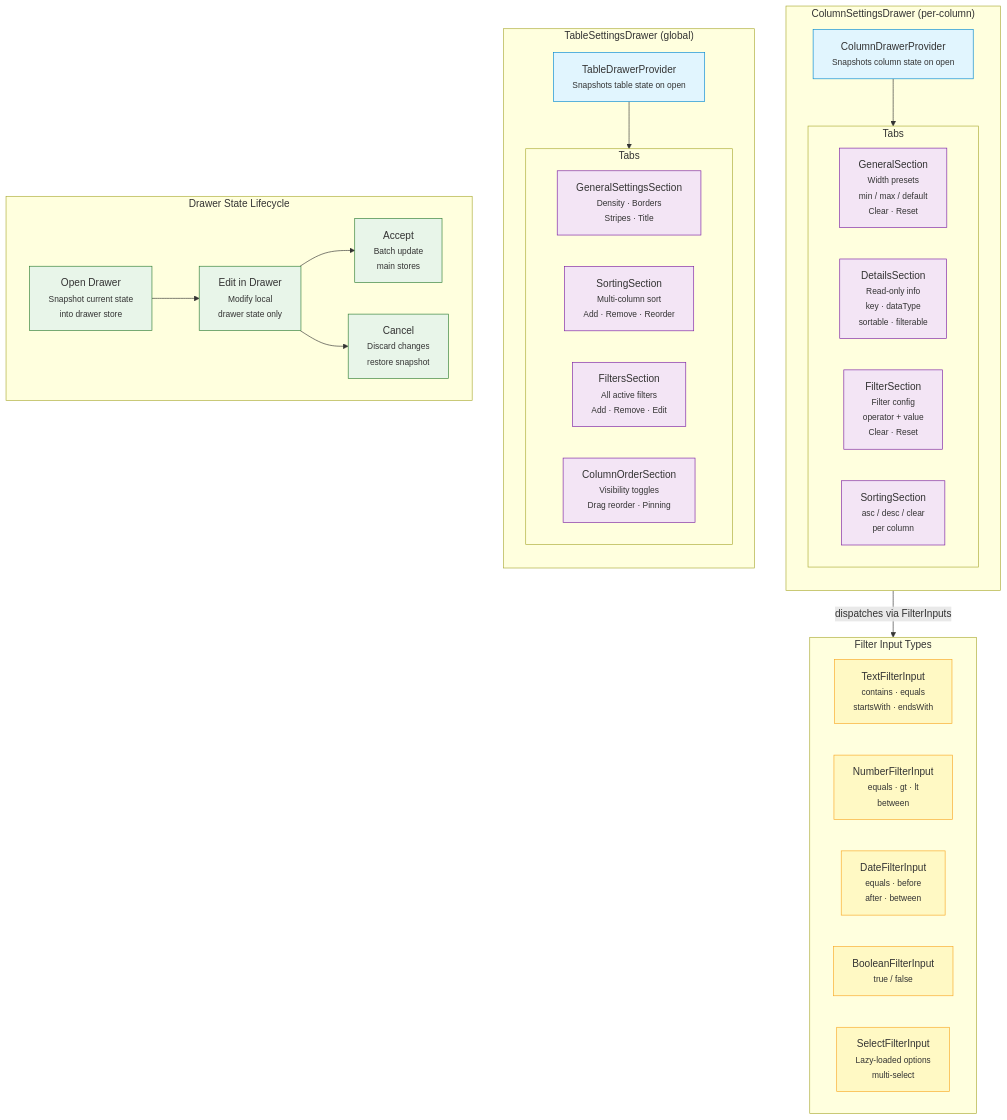
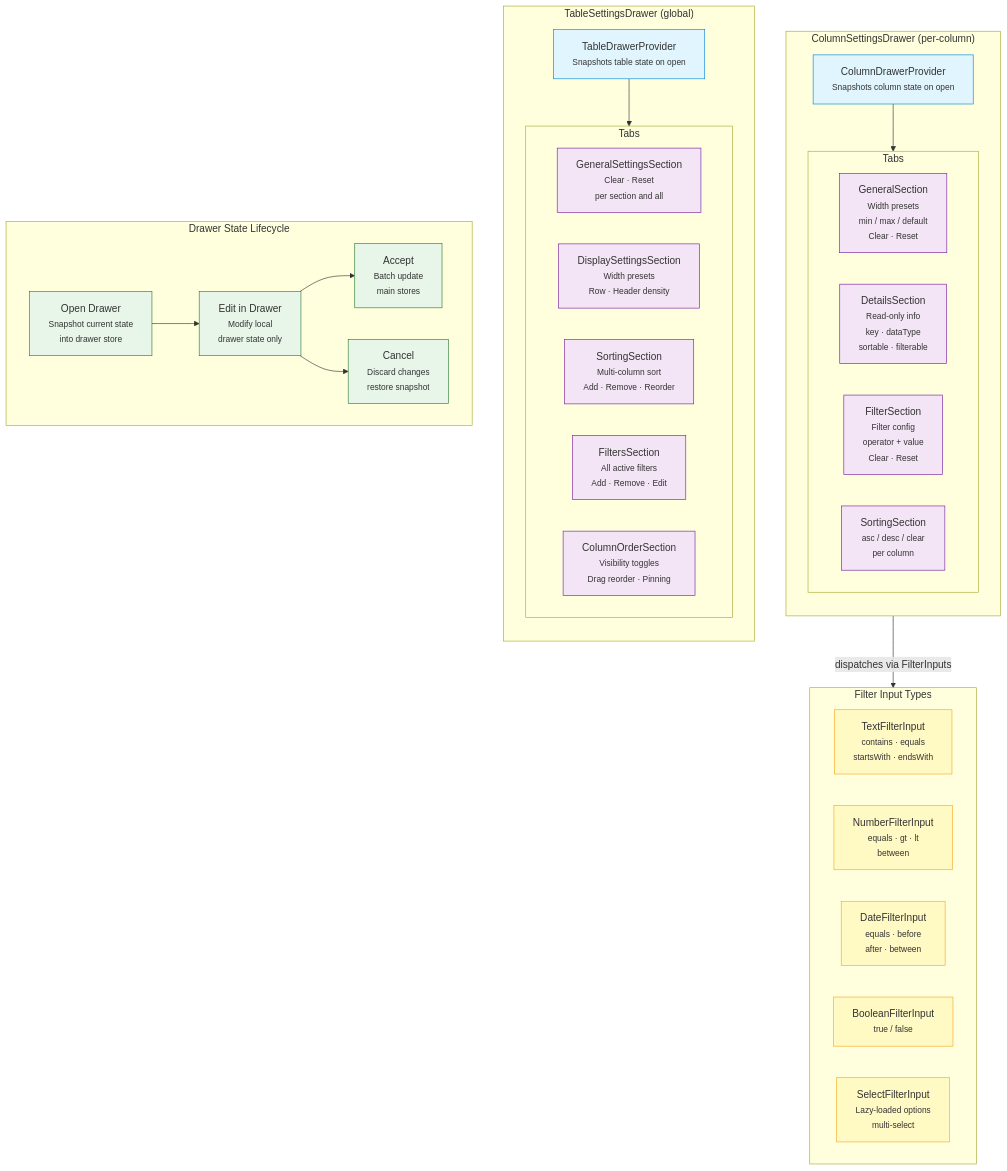
The diagram in packages/ui/src/components/Table/docs/drawer-architecture.md (luciocabrera/lcabrera-stack), drawn with Mermaid before and after one commit. The commit also changed 99 other files, not shown here.

First line of the commit message:
feat(ui): move table density to a Display tab with header density and a global default (#1623)

````diff
--- a/packages/ui/src/components/Table/docs/drawer-architecture.md
+++ b/packages/ui/src/components/Table/docs/drawer-architecture.md
@@ -3,65 +3,66 @@
 ```mermaid
 graph TB
     subgraph ColumnSettingsDrawer["ColumnSettingsDrawer (per-column)"]
         direction TB
         CDP2["ColumnDrawerProvider<br/><small>Snapshots column state on open</small>"]
 
         subgraph ColTabs["Tabs"]
             direction LR
             GS["GeneralSection<br/><small>Width presets<br/>min / max / default<br/>Clear · Reset</small>"]
             DS["DetailsSection<br/><small>Read-only info<br/>key · dataType<br/>sortable · filterable</small>"]
             FS["FilterSection<br/><small>Filter config<br/>operator + value<br/>Clear · Reset</small>"]
             SS["SortingSection<br/><small>asc / desc / clear<br/>per column</small>"]
         end
 
         CDP2 --> ColTabs
     end
 
     subgraph TableSettingsDrawer["TableSettingsDrawer (global)"]
         direction TB
         TDP3["TableDrawerProvider<br/><small>Snapshots table state on open</small>"]
 
         subgraph TblTabs["Tabs"]
             direction LR
-            GSS["GeneralSettingsSection<br/><small>Density · Borders<br/>Stripes · Title</small>"]
+            GSS["GeneralSettingsSection<br/><small>Clear · Reset<br/>per section and all</small>"]
+            DSS["DisplaySettingsSection<br/><small>Width presets<br/>Row · Header density</small>"]
             TSS["SortingSection<br/><small>Multi-column sort<br/>Add · Remove · Reorder</small>"]
             FSS["FiltersSection<br/><small>All active filters<br/>Add · Remove · Edit</small>"]
             COS["ColumnOrderSection<br/><small>Visibility toggles<br/>Drag reorder · Pinning</small>"]
         end
 
         TDP3 --> TblTabs
     end
 
     subgraph DrawerLifecycle["Drawer State Lifecycle"]
         direction LR
         OPEN["Open Drawer<br/><small>Snapshot current state<br/>into drawer store</small>"]
         EDIT["Edit in Drawer<br/><small>Modify local<br/>drawer state only</small>"]
         ACCEPT["Accept<br/><small>Batch update<br/>main stores</small>"]
         CANCEL["Cancel<br/><small>Discard changes<br/>restore snapshot</small>"]
 
         OPEN --> EDIT
         EDIT --> ACCEPT
         EDIT --> CANCEL
     end
 
     subgraph FilterTypes["Filter Input Types"]
         direction LR
         TFI["TextFilterInput<br/><small>contains · equals<br/>startsWith · endsWith</small>"]
         NFI["NumberFilterInput<br/><small>equals · gt · lt<br/>between</small>"]
         DFI["DateFilterInput<br/><small>equals · before<br/>after · between</small>"]
         BFI["BooleanFilterInput<br/><small>true / false</small>"]
         SFI["SelectFilterInput<br/><small>Lazy-loaded options<br/>multi-select</small>"]
     end
 
     FS -->|"dispatches via FilterInputs"| FilterTypes
 
     classDef drawer fill:#e1f5fe,stroke:#0288d1
     classDef tab fill:#f3e5f5,stroke:#7b1fa2
     classDef lifecycle fill:#e8f5e9,stroke:#2e7d32
     classDef filter fill:#fff9c4,stroke:#f9a825
 
     class CDP2,TDP3 drawer
-    class GS,DS,FS,SS,GSS,TSS,FSS,COS tab
+    class GS,DS,FS,SS,GSS,DSS,TSS,FSS,COS tab
     class OPEN,EDIT,ACCEPT,CANCEL lifecycle
     class TFI,NFI,DFI,BFI,SFI filter
 ```
````
